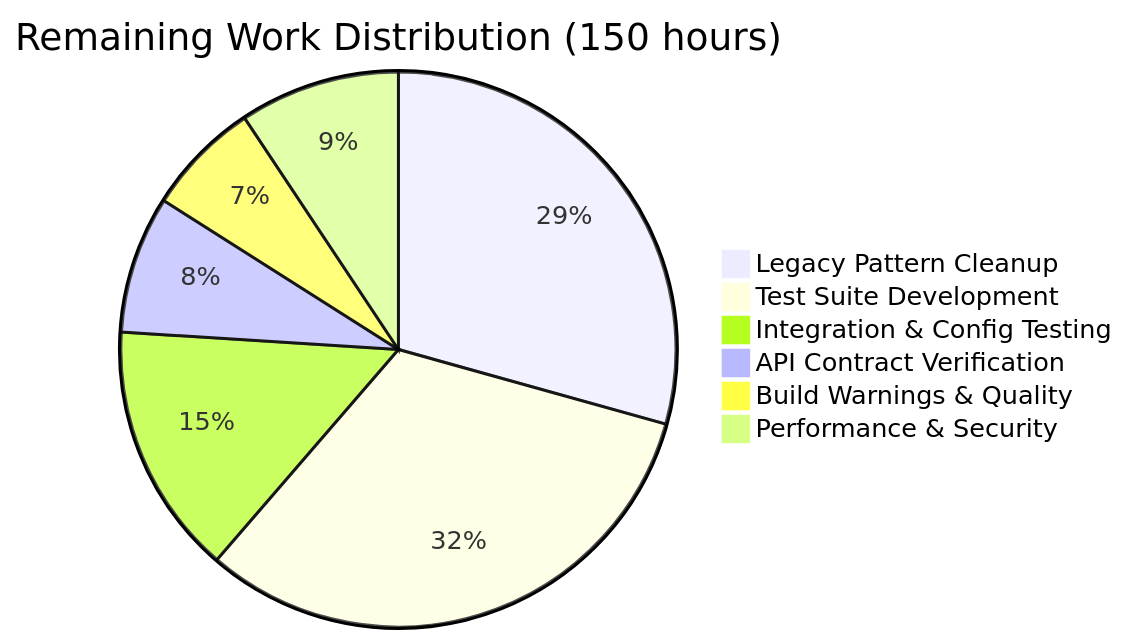
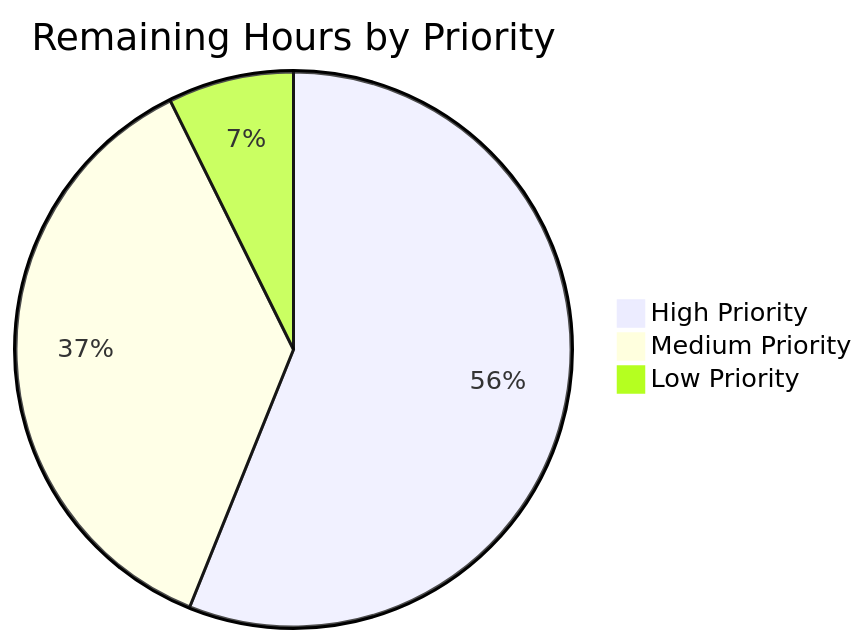
Before and after one commit to Blitzy-Sandbox/blitzy-SplendidCRM: the third of 3 diagrams in blitzy/documentation/Project Guide.md, drawn with Mermaid. The commit also changed other lines of this file, not shown here.

Commit message:
Adding Blitzy Project Guide: Project Status and Human Tasks Remaining

````diff
--- a/blitzy/documentation/Project Guide.md
+++ b/blitzy/documentation/Project Guide.md
@@ -228,9 +243,6 @@
 ```mermaid
-pie title Remaining Work Distribution (150 hours)
-    "Legacy Pattern Cleanup" : 44
-    "Test Suite Development" : 48
-    "Integration & Config Testing" : 22
-    "API Contract Verification" : 12
-    "Build Warnings & Quality" : 10
-    "Performance & Security" : 14
+pie title Remaining Hours by Priority
+    "High Priority" : 46
+    "Medium Priority" : 30
+    "Low Priority" : 6
 ```
````
